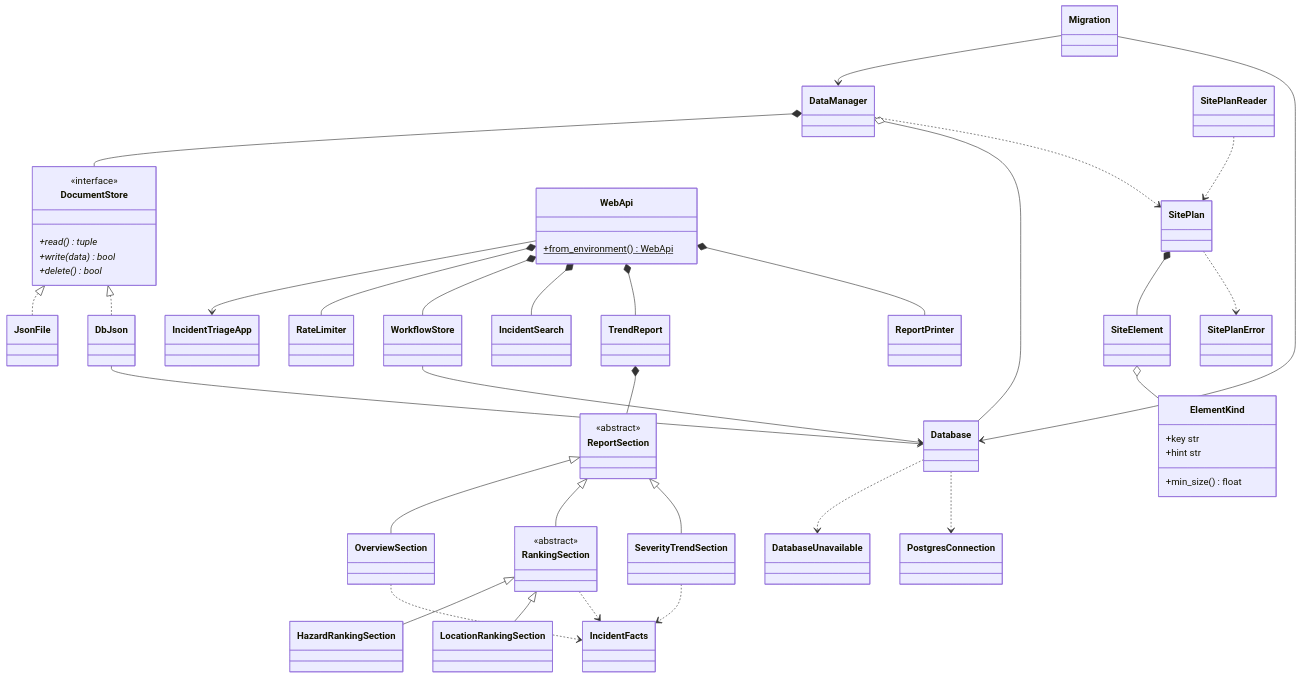
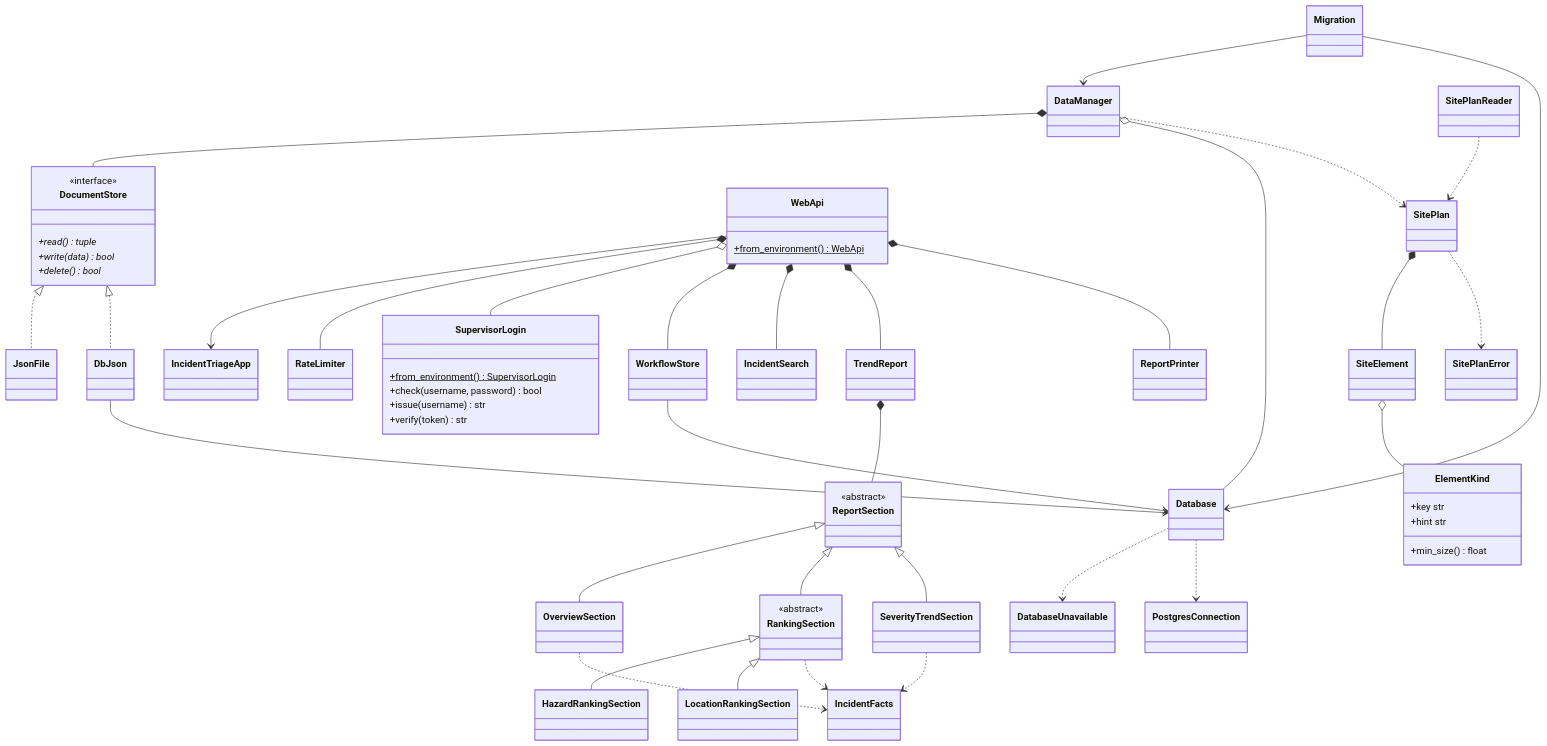
One commit to P11-team6-INF1103/inf1103-P-11team6 changed the second of 2 diagrams in README.md. Above: the diagram before and after it, drawn with Mermaid. The commit also changed other lines of this file, not shown here.

Commit message:
(2605750 Darrel) Document the login in the README: endpoints, accounts, and SupervisorLogin in the class table and diagram

```diff
--- a/README.md
+++ b/README.md
@@ -359,6 +372,12 @@
         +from_environment()$ WebApi
     }
     class RateLimiter
+    class SupervisorLogin {
+        +from_environment()$ SupervisorLogin
+        +check(username, password) bool
+        +issue(username) str
+        +verify(token) str
+    }
     class WorkflowStore
     class IncidentSearch
     class TrendReport
@@ -396,6 +415,7 @@
     WorkflowStore --> Database
     WebApi --> IncidentTriageApp
     WebApi *-- RateLimiter
+    WebApi o-- SupervisorLogin
     WebApi *-- WorkflowStore
     WebApi *-- IncidentSearch
     WebApi *-- TrendReport
```
